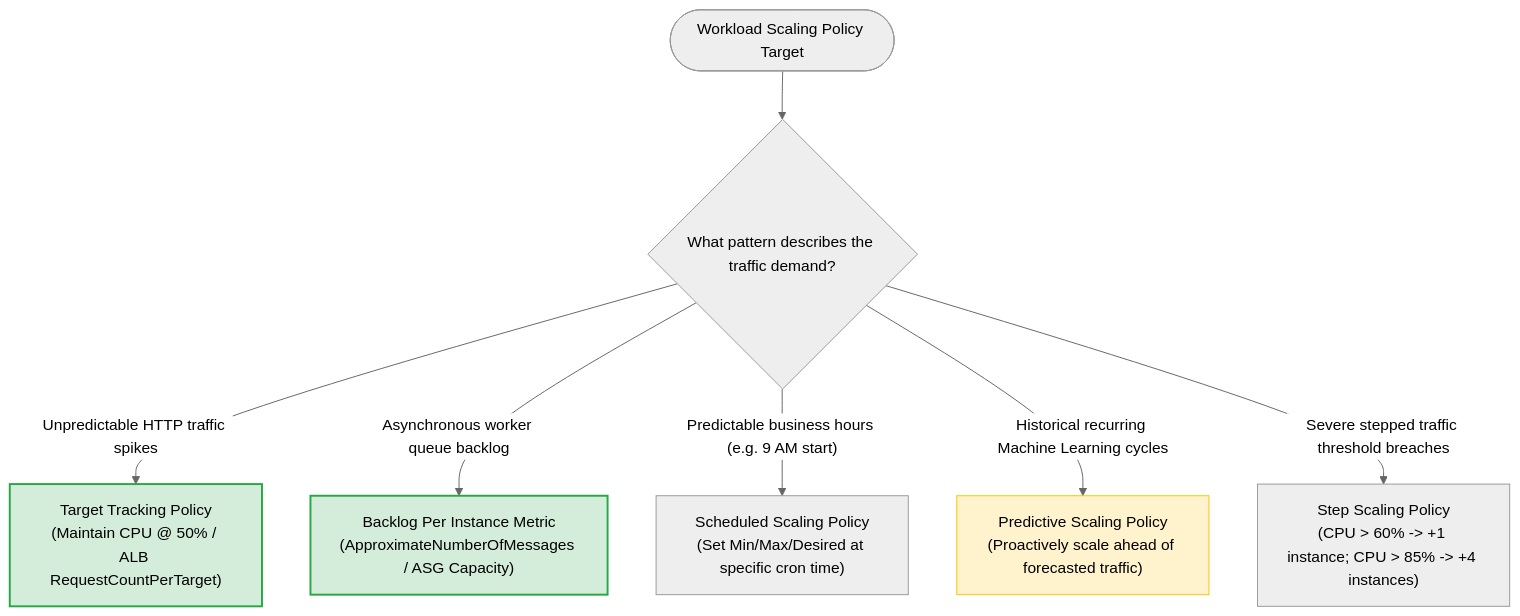
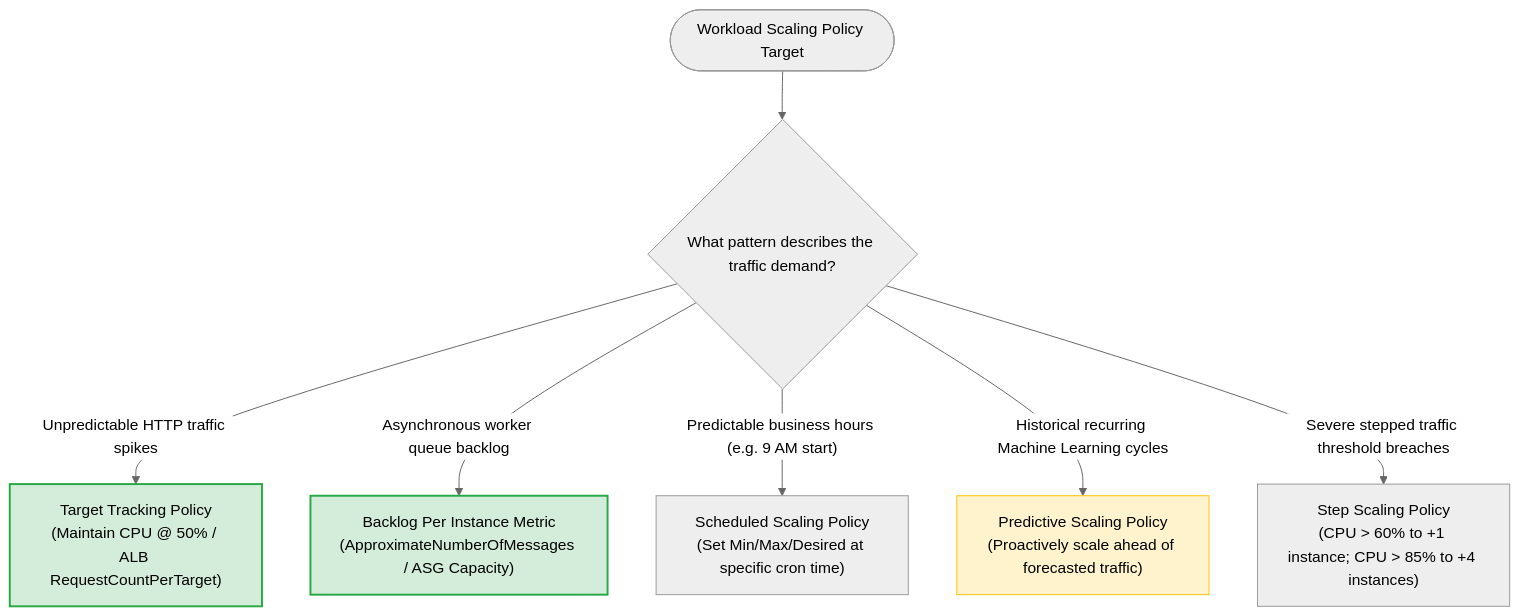
The third of 4 diagrams in Professional/3.4 Scaling methodologies (for example, load balancing, auto scaling).md (ReginRavi/AIP-C01), drawn with Mermaid (neutral theme) before and after one commit. The commit also changed other lines of this file, not shown here.

Commit message:
Fix Mermaid diagram syntax in Scaling methodologies study note

````diff
--- a/Professional/3.4 Scaling methodologies (for example, load balancing, auto scaling).md
+++ b/Professional/3.4 Scaling methodologies (for example, load balancing, auto scaling).md
@@ -72,18 +86,18 @@
 ```mermaid
 flowchart TD
     Start_Policy(["Workload Scaling Policy Target"]) --> Q_Policy{"What pattern describes the traffic demand?"}
 
     Q_Policy -- "Unpredictable HTTP traffic spikes" --> TargetTrack["Target Tracking Policy<br/>(Maintain CPU @ 50% / ALB RequestCountPerTarget)"]
 
     Q_Policy -- "Asynchronous worker queue backlog" --> SQS_Backlog["Backlog Per Instance Metric<br/>(ApproximateNumberOfMessages / ASG Capacity)"]
 
     Q_Policy -- "Predictable business hours (e.g. 9 AM start)" --> SchedScale["Scheduled Scaling Policy<br/>(Set Min/Max/Desired at specific cron time)"]
 
     Q_Policy -- "Historical recurring Machine Learning cycles" --> PredScale["Predictive Scaling Policy<br/>(Proactively scale ahead of forecasted traffic)"]
 
-    Q_Policy -- "Severe stepped traffic threshold breaches" --> StepScale["Step Scaling Policy<br/>(CPU > 60% -> +1 instance; CPU > 85% -> +4 instances)"]
+    Q_Policy -- "Severe stepped traffic threshold breaches" --> StepScale["Step Scaling Policy<br/>(CPU > 60% to +1 instance; CPU > 85% to +4 instances)"]
 
     style TargetTrack fill:#d4edda,stroke:#28a745,stroke-width:2px
     style SQS_Backlog fill:#d4edda,stroke:#28a745,stroke-width:2px
     style PredScale fill:#fff3cd,stroke:#ffc107,stroke-width:1px
 ```
````
